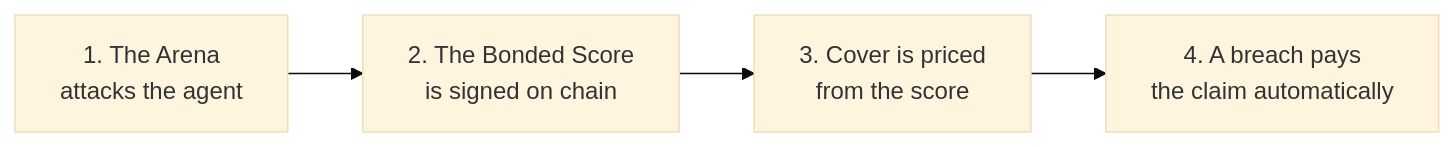
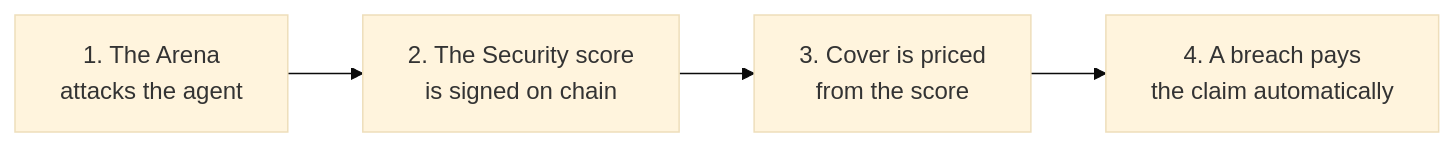
The first of 7 diagrams in docs/ARCHITECTURE.md (ddboy19912/bonded), drawn with Mermaid (base theme) before and after one commit. The commit also changed other lines of this file and 22 other files, not shown here.

First line of the commit message:
Docs: rename Bonded Score to Security score, show Task score beside it

````diff
--- a/docs/ARCHITECTURE.md
+++ b/docs/ARCHITECTURE.md
@@ -11,6 +11,6 @@
 ```mermaid
 flowchart LR
-  A["1. The Arena<br/>attacks the agent"] --> B["2. The Bonded Score<br/>is signed on chain"]
+  A["1. The Arena<br/>attacks the agent"] --> B["2. The Security score<br/>is signed on chain"]
   B --> C["3. Cover is priced<br/>from the score"]
   C --> D["4. A breach pays<br/>the claim automatically"]
 ```
````
